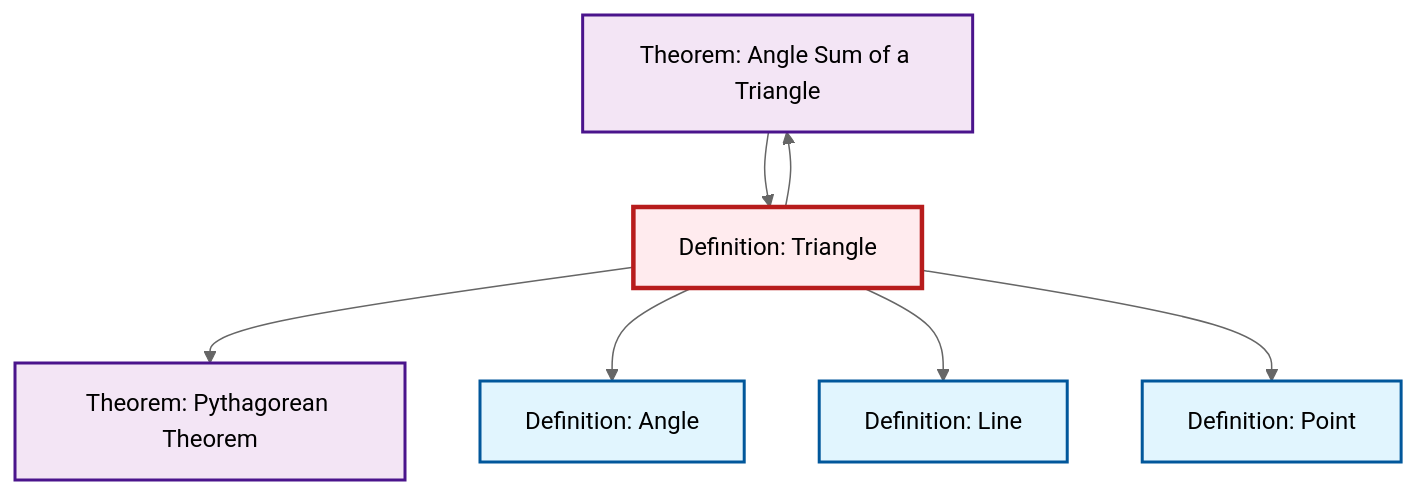
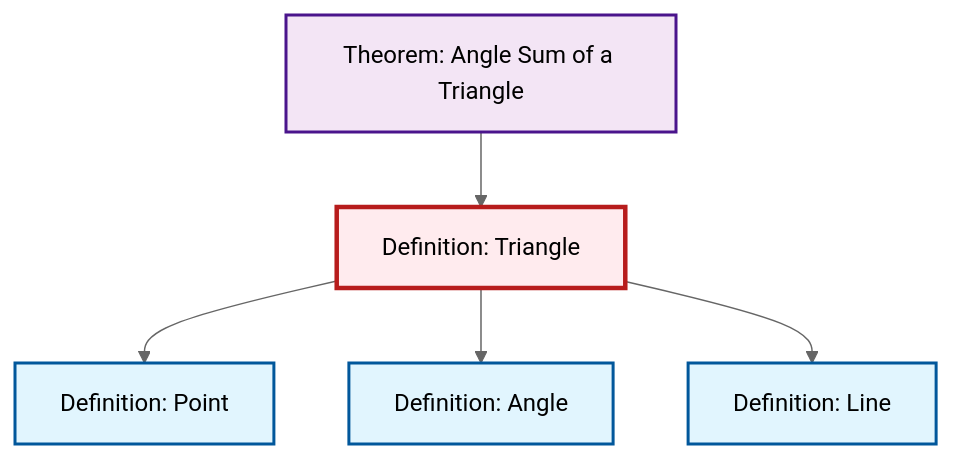
One commit to RK0429/ModernMath changed the diagram in content/en/geometry/def-triangle.qmd. Above: the diagram before and after it, drawn with Mermaid (neutral theme). The commit also changed 511 other files, not shown here.

````diff
--- a/content/en/geometry/def-triangle.qmd
+++ b/content/en/geometry/def-triangle.qmd
@@ -59,28 +59,19 @@
 ```{mermaid}
 %%| fig-cap: "Local dependency graph"
 graph TD
     classDef definition fill:#e1f5fe,stroke:#01579b,stroke-width:2px
     classDef theorem fill:#f3e5f5,stroke:#4a148c,stroke-width:2px
     classDef axiom fill:#fff3e0,stroke:#e65100,stroke-width:2px
     classDef example fill:#e8f5e9,stroke:#1b5e20,stroke-width:2px
     classDef current fill:#ffebee,stroke:#b71c1c,stroke-width:3px
+    def-angle["Definition: Angle"]:::definition
     thm-angle-sum-triangle["Theorem: Angle Sum of a Triangle"]:::theorem
-    def-triangle["Definition: Triangle"]:::definition
-    def-angle["Definition: Angle"]:::definition
-    thm-pythagorean["Theorem: Pythagorean Theorem"]:::theorem
     def-point["Definition: Point"]:::definition
     def-line["Definition: Line"]:::definition
+    def-triangle["Definition: Triangle"]:::definition
+    def-triangle --> def-point
+    def-triangle --> def-angle
     thm-angle-sum-triangle --> def-triangle
-    def-triangle --> thm-pythagorean
-    def-triangle --> def-angle
     def-triangle --> def-line
-    def-triangle --> def-point
-    def-triangle --> thm-angle-sum-triangle
     class def-triangle current
-
-    click thm-angle-sum-triangle "thm-angle-sum-triangle.html" "Go to Angle Sum of a Triangle theorem"
-    click def-angle "def-angle.html" "Go to Angle definition"
-    click thm-pythagorean "thm-pythagorean.html" "Go to Pythagorean Theorem theorem"
-    click def-point "def-point.html" "Go to Point definition"
-    click def-line "def-line.html" "Go to Line definition"
 ```
````
